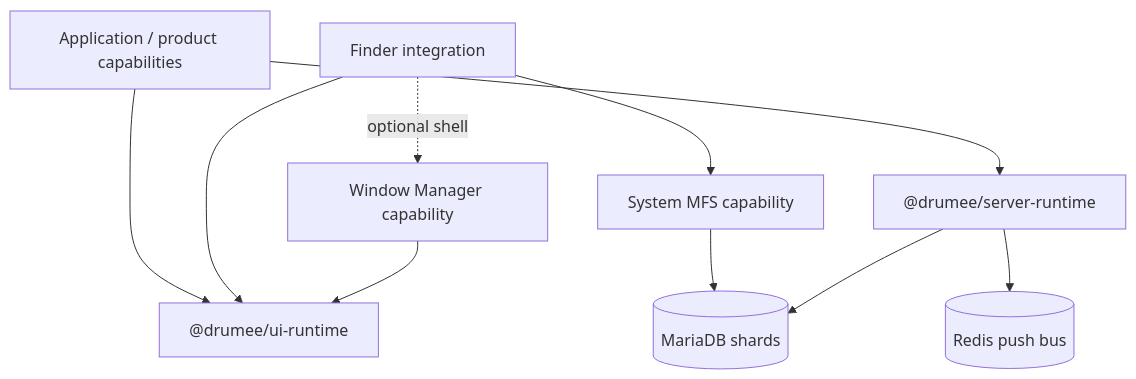
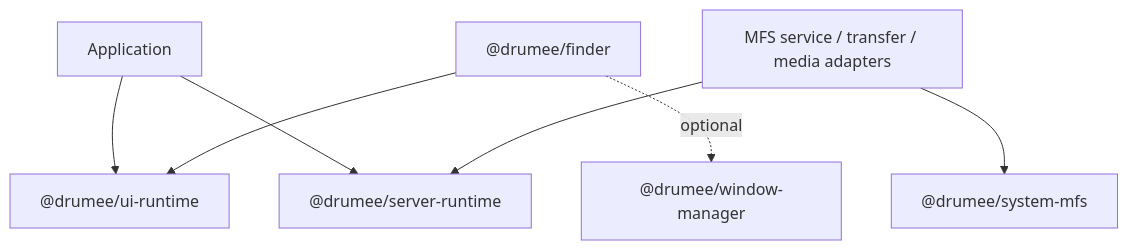
Before and after one commit to drumee/drumee.github.io: the diagram in docs/kernel/01-overview.md, drawn with Mermaid. The commit also changed other lines of this file and 11 other files, not shown here.

````diff
--- a/docs/kernel/01-overview.md
+++ b/docs/kernel/01-overview.md
@@ -23,21 +23,17 @@
 ```mermaid
 flowchart TB
-  App["Application / product capabilities"]
-  Finder["Finder integration"]
-  WM["Window Manager capability"]
-  MFS["System MFS capability"]
+  App["Application"]
+  Finder["@drumee/finder"]
+  WM["@drumee/window-manager"]
+  Adapters["MFS service / transfer / media adapters"]
   UI["@drumee/ui-runtime"]
   Server["@drumee/server-runtime"]
-  Data[("MariaDB shards")]
-  Redis[("Redis push bus")]
+  MFS["@drumee/system-mfs"]
 
   App --> UI
   App --> Server
-  Finder -. optional shell .-> WM
   Finder --> UI
-  Finder --> MFS
-  WM --> UI
-  MFS --> Data
-  Server --> Data
-  Server --> Redis
+  Finder -. optional .-> WM
+  Adapters --> Server
+  Adapters --> MFS
 ```
````
